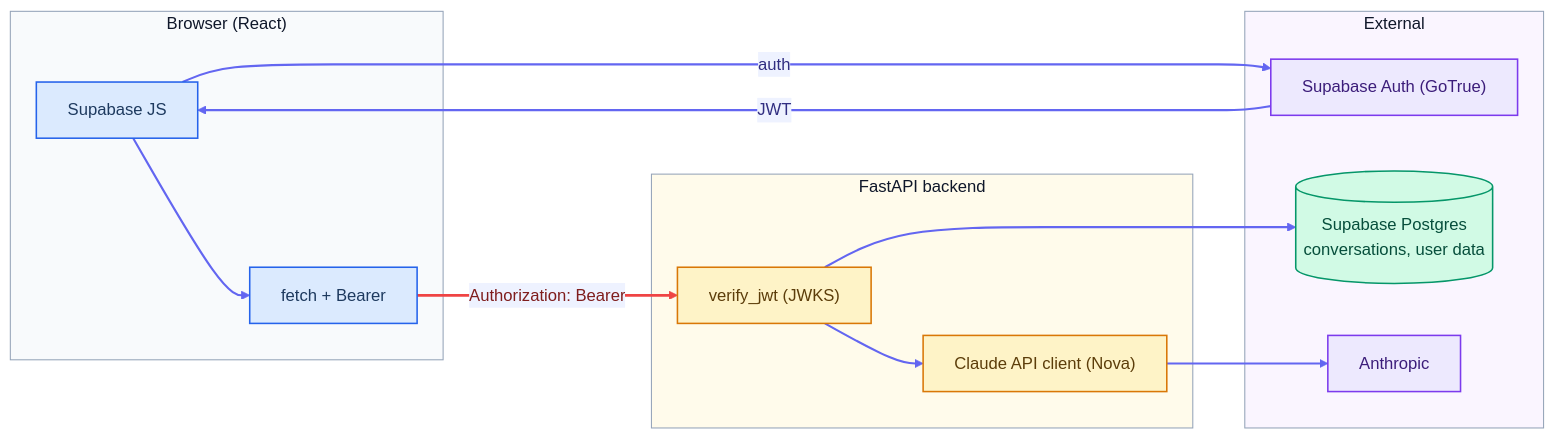
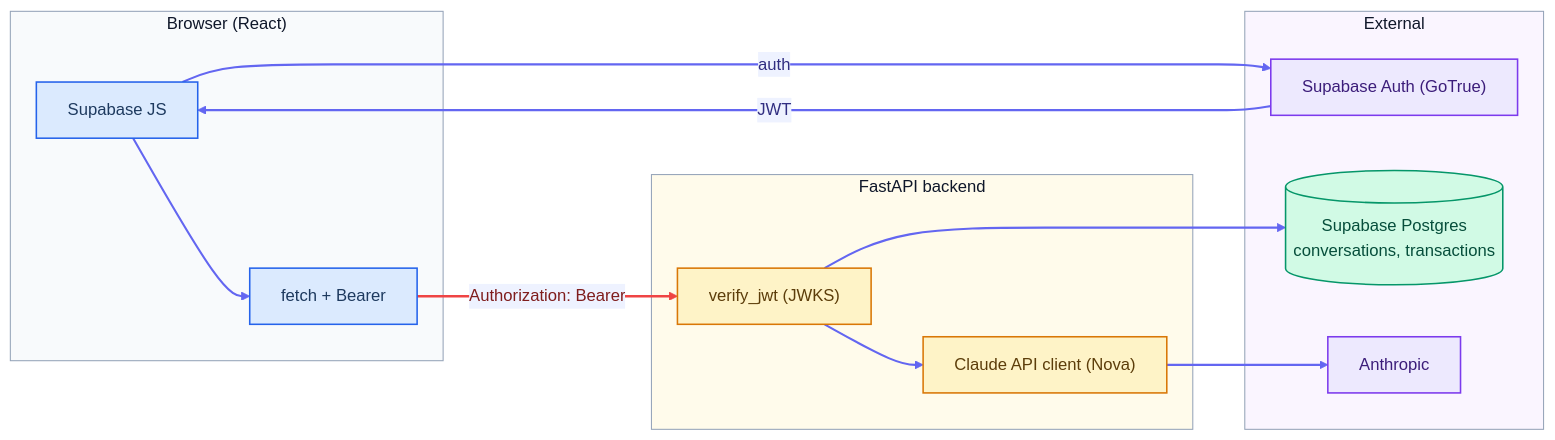
The diagram in README.md (spolivin/novabank), drawn with Mermaid before and after one commit. The commit also changed other lines of this file, not shown here.

Commit message:
docs(readme): document the transactions endpoint and table

````diff
--- a/README.md
+++ b/README.md
@@ -89,44 +90,44 @@
 ```mermaid
 %%{init: {"theme":"base","themeVariables":{"edgeLabelBackground":"#eef2ff","lineColor":"#6366f1"}}}%%
 flowchart LR
     subgraph browser["Browser (React)"]
         sdk["Supabase JS"]
         req["fetch + Bearer"]
     end
 
     subgraph backend["FastAPI backend"]
         jwt["verify_jwt (JWKS)"]
         nova["Claude API client (Nova)"]
     end
 
     subgraph external["External"]
         auth["Supabase Auth (GoTrue)"]
-        db[("Supabase Postgres<br/>conversations, user data")]
+        db[("Supabase Postgres<br/>conversations, transactions")]
         anthropic["Anthropic"]
     end
 
     sdk -- auth --> auth
     auth -- JWT --> sdk
     sdk --> req
     req -- "Authorization: Bearer" --> jwt
     jwt --> db
     jwt --> nova
     nova --> anthropic
 
     classDef client fill:#dbeafe,stroke:#2563eb,stroke-width:1.5px,color:#1e3a5f
     classDef server fill:#fef3c7,stroke:#d97706,stroke-width:1.5px,color:#5c3d0a
     classDef vendor fill:#ede9fe,stroke:#7c3aed,stroke-width:1.5px,color:#3c1d7a
     classDef store  fill:#d1fae5,stroke:#059669,stroke-width:1.5px,color:#064e3b
 
     class sdk,req client
     class jwt,nova server
     class auth,anthropic vendor
     class db store
 
     style browser  fill:#f8fafc,stroke:#94a3b8,stroke-width:1px,color:#0f172a
     style backend  fill:#fffbeb,stroke:#94a3b8,stroke-width:1px,color:#0f172a
     style external fill:#faf5ff,stroke:#94a3b8,stroke-width:1px,color:#0f172a
 
     linkStyle 0,1,2,4,5,6 stroke:#6366f1,stroke-width:2px,color:#312e81
     linkStyle 3 stroke:#ef4444,stroke-width:2.5px,color:#7f1d1d
 ```
````
